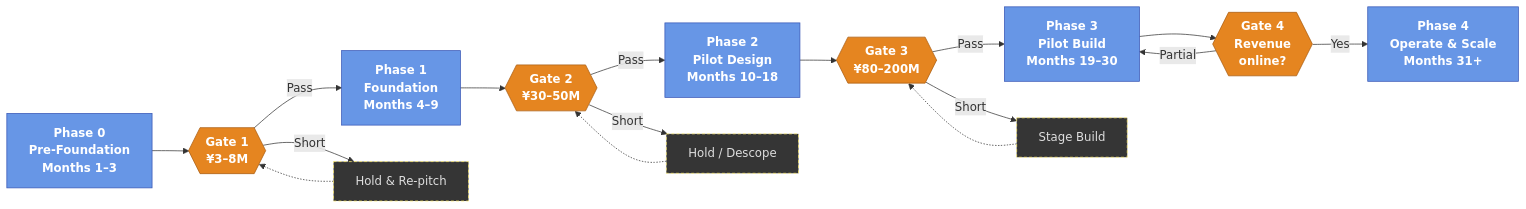
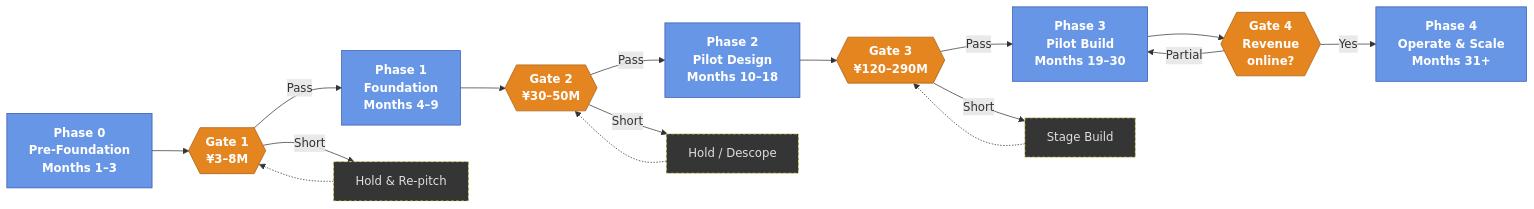
Before and after one commit to robouden/mitsue-ai-data-center: the diagram in README.md, drawn with Mermaid. The commit also changed other lines of this file and 22 other files, not shown here.

````diff
--- a/README.md
+++ b/README.md
@@ -66,38 +66,38 @@
 ```mermaid
 flowchart LR
     P0["Phase 0<br/>Pre-Foundation<br/>Months 1–3"]
     P1["Phase 1<br/>Foundation<br/>Months 4–9"]
     P2["Phase 2<br/>Pilot Design<br/>Months 10–18"]
     P3["Phase 3<br/>Pilot Build<br/>Months 19–30"]
     P4["Phase 4<br/>Operate &amp; Scale<br/>Months 31+"]
 
     G1{{"Gate 1<br/>¥3–8M"}}
     G2{{"Gate 2<br/>¥30–50M"}}
-    G3{{"Gate 3<br/>¥80–200M"}}
+    G3{{"Gate 3<br/>¥120–290M"}}
     G4{{"Gate 4<br/>Revenue<br/>online?"}}
 
     H1["Hold &amp; Re-pitch"]
     H2["Hold / Descope"]
     H3["Stage Build"]
 
     P0 --> G1
     G1 -->|Pass| P1
     P1 --> G2
     G2 -->|Pass| P2
     P2 --> G3
     G3 -->|Pass| P3
     P3 --> G4
     G4 -->|Yes| P4
 
     G1 -->|Short| H1 -.-> G1
     G2 -->|Short| H2 -.-> G2
     G3 -->|Short| H3 -.-> G3
     G4 -->|Partial| P3
 
     classDef phase fill:#6796e6,stroke:#3655b5,stroke-width:1px,color:#FFFFFF,font-weight:bold
     classDef gate  fill:#e58520,stroke:#A85C10,stroke-width:1px,color:#FFFFFF,font-weight:bold
     classDef hold  fill:#353535,stroke:#FCEB6C,stroke-width:1px,color:#DEDEDE,stroke-dasharray:4 3
     class P0,P1,P2,P3,P4 phase
     class G1,G2,G3,G4 gate
     class H1,H2,H3 hold
 ```
````
